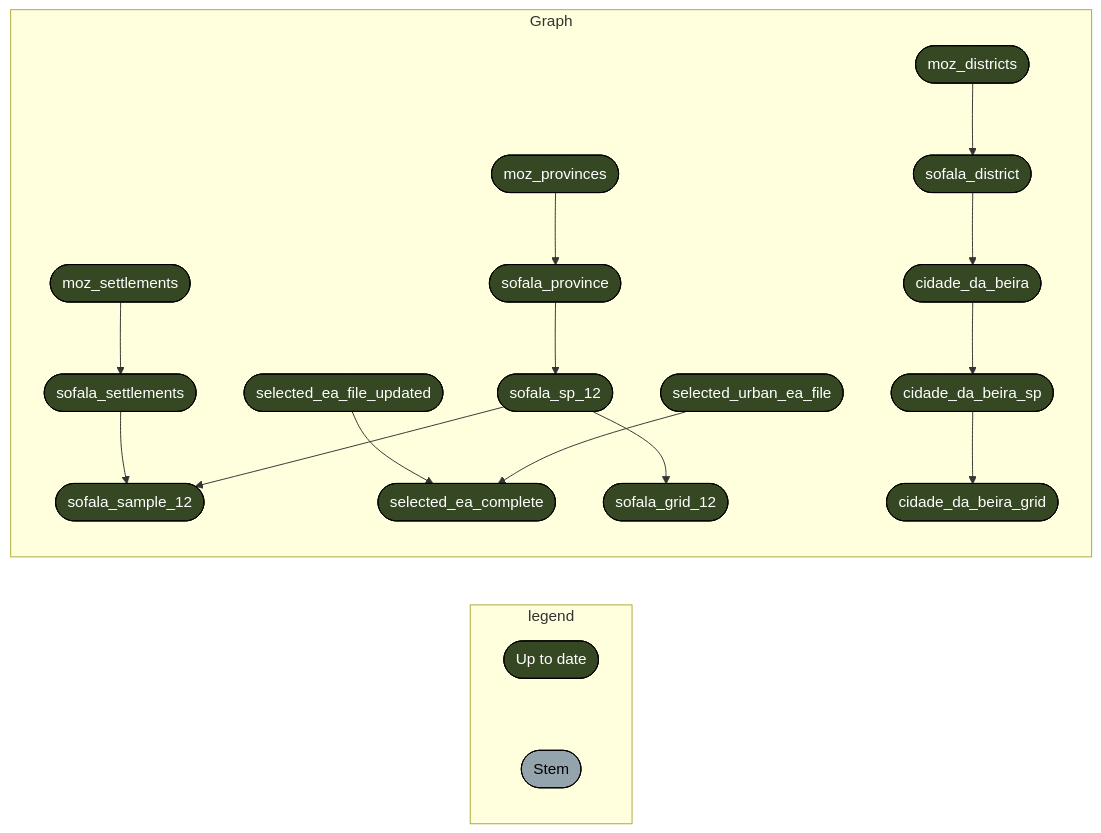
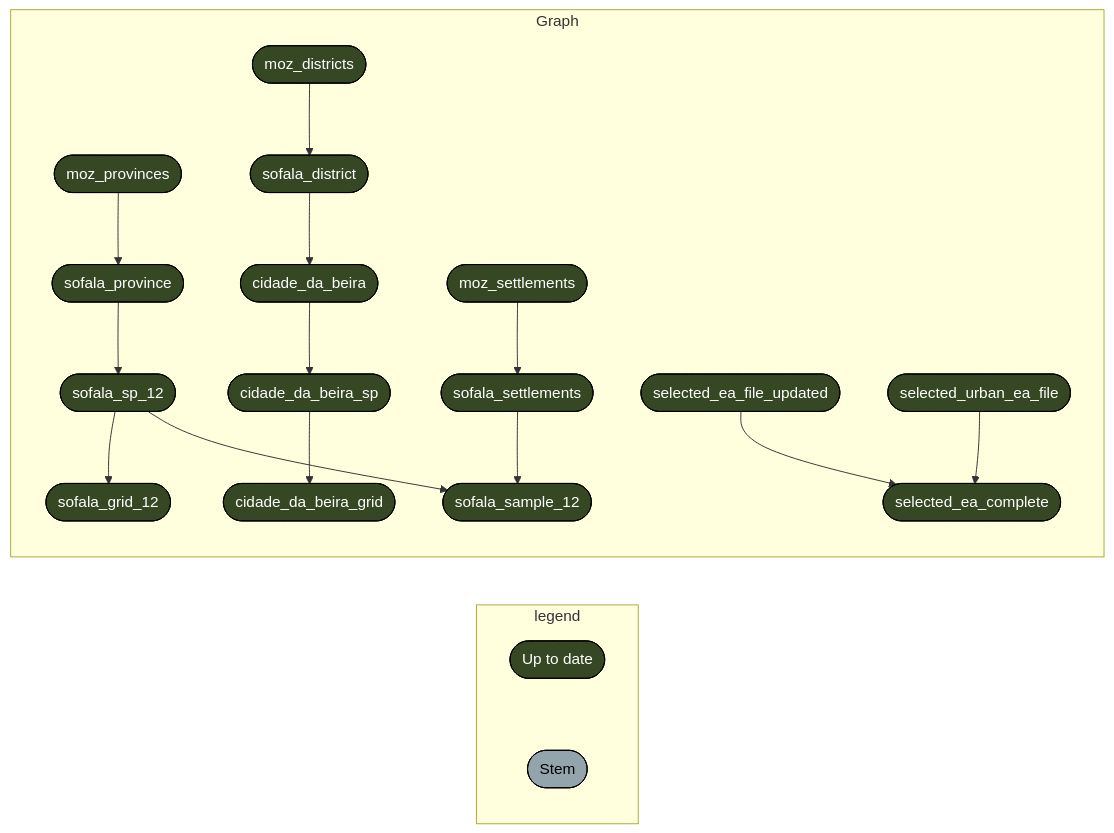
Before and after one commit to katilingban/mozambique-s3m: the first of 5 diagrams in README.md, drawn with Mermaid. The commit also changed other lines of this file and 3 other files, not shown here.

````diff
--- a/README.md
+++ b/README.md
@@ -29,23 +29,23 @@
 ``` mermaid
 graph LR
   subgraph legend
     x7420bd9270f8d27d([""Up to date""]):::uptodate --- xbf4603d6c2c2ad6b([""Stem""]):::none
   end
   subgraph Graph
-    x2ae35f7d7ffcedde(["moz_districts"]):::uptodate --> xac05260670c94749(["sofala_district"]):::uptodate
-    xeb7dee2731da6b05(["moz_settlements"]):::uptodate --> xb7ac41c07a011c84(["sofala_settlements"]):::uptodate
-    x75893273a2726411(["moz_provinces"]):::uptodate --> x89b92e016b1a0789(["sofala_province"]):::uptodate
+    x36ac982d46cbe0a5(["sofala_sp_12"]):::uptodate --> x3e8475df052020ee(["sofala_grid_12"]):::uptodate
+    x07b06a64d6979765(["cidade_da_beira"]):::uptodate --> x216c8615edb5b18d(["cidade_da_beira_sp"]):::uptodate
+    x89b92e016b1a0789(["sofala_province"]):::uptodate --> x36ac982d46cbe0a5(["sofala_sp_12"]):::uptodate
+    x216c8615edb5b18d(["cidade_da_beira_sp"]):::uptodate --> x91135f521fae67c1(["cidade_da_beira_grid"]):::uptodate
     xb7ac41c07a011c84(["sofala_settlements"]):::uptodate --> xbac0d63338e90727(["sofala_sample_12"]):::uptodate
     x36ac982d46cbe0a5(["sofala_sp_12"]):::uptodate --> xbac0d63338e90727(["sofala_sample_12"]):::uptodate
-    xac05260670c94749(["sofala_district"]):::uptodate --> x07b06a64d6979765(["cidade_da_beira"]):::uptodate
+    x75893273a2726411(["moz_provinces"]):::uptodate --> x89b92e016b1a0789(["sofala_province"]):::uptodate
     x3fcad629bf609680(["selected_ea_file_updated"]):::uptodate --> x92e3f678d50e7191(["selected_ea_complete"]):::uptodate
     xfdb6a9b6a0e24e2c(["selected_urban_ea_file"]):::uptodate --> x92e3f678d50e7191(["selected_ea_complete"]):::uptodate
-    x89b92e016b1a0789(["sofala_province"]):::uptodate --> x36ac982d46cbe0a5(["sofala_sp_12"]):::uptodate
-    x36ac982d46cbe0a5(["sofala_sp_12"]):::uptodate --> x3e8475df052020ee(["sofala_grid_12"]):::uptodate
-    x216c8615edb5b18d(["cidade_da_beira_sp"]):::uptodate --> x91135f521fae67c1(["cidade_da_beira_grid"]):::uptodate
-    x07b06a64d6979765(["cidade_da_beira"]):::uptodate --> x216c8615edb5b18d(["cidade_da_beira_sp"]):::uptodate
+    xac05260670c94749(["sofala_district"]):::uptodate --> x07b06a64d6979765(["cidade_da_beira"]):::uptodate
+    xeb7dee2731da6b05(["moz_settlements"]):::uptodate --> xb7ac41c07a011c84(["sofala_settlements"]):::uptodate
+    x2ae35f7d7ffcedde(["moz_districts"]):::uptodate --> xac05260670c94749(["sofala_district"]):::uptodate
   end
   classDef uptodate stroke:#000000,color:#ffffff,fill:#354823;
   classDef none stroke:#000000,color:#000000,fill:#94a4ac;
   linkStyle 0 stroke-width:0px;
 ```
````
